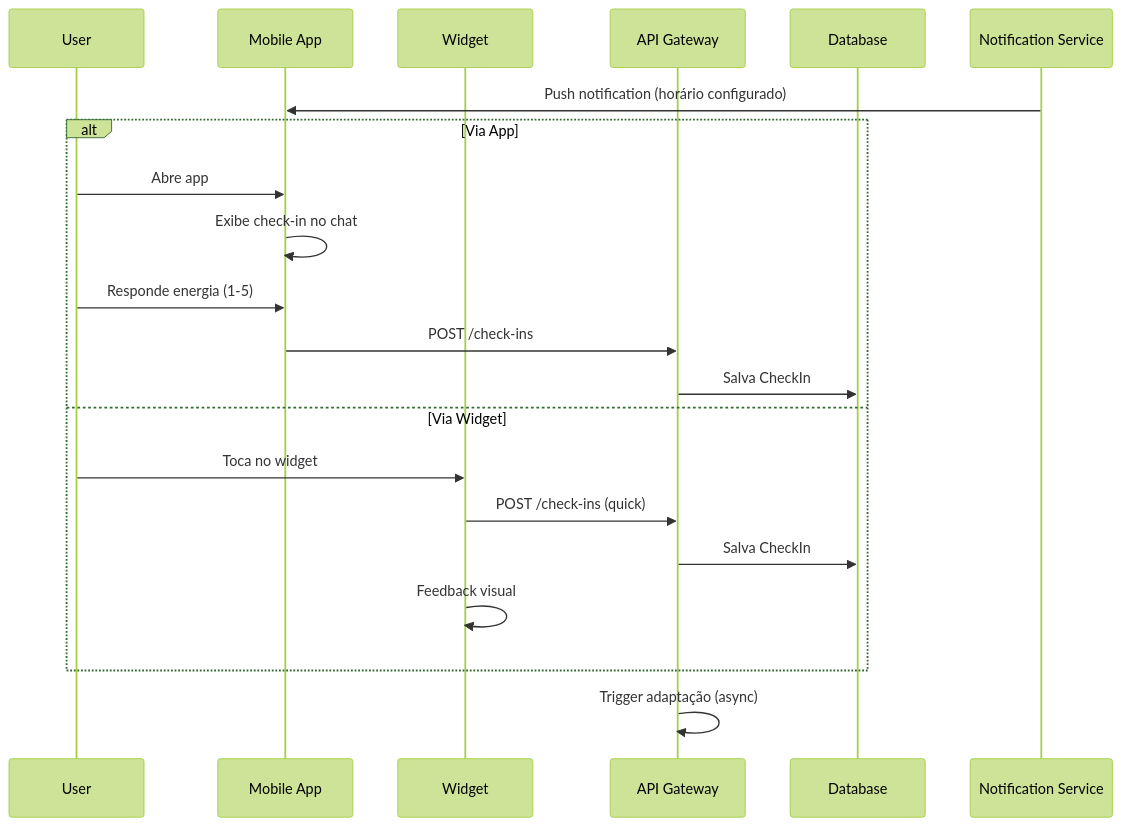
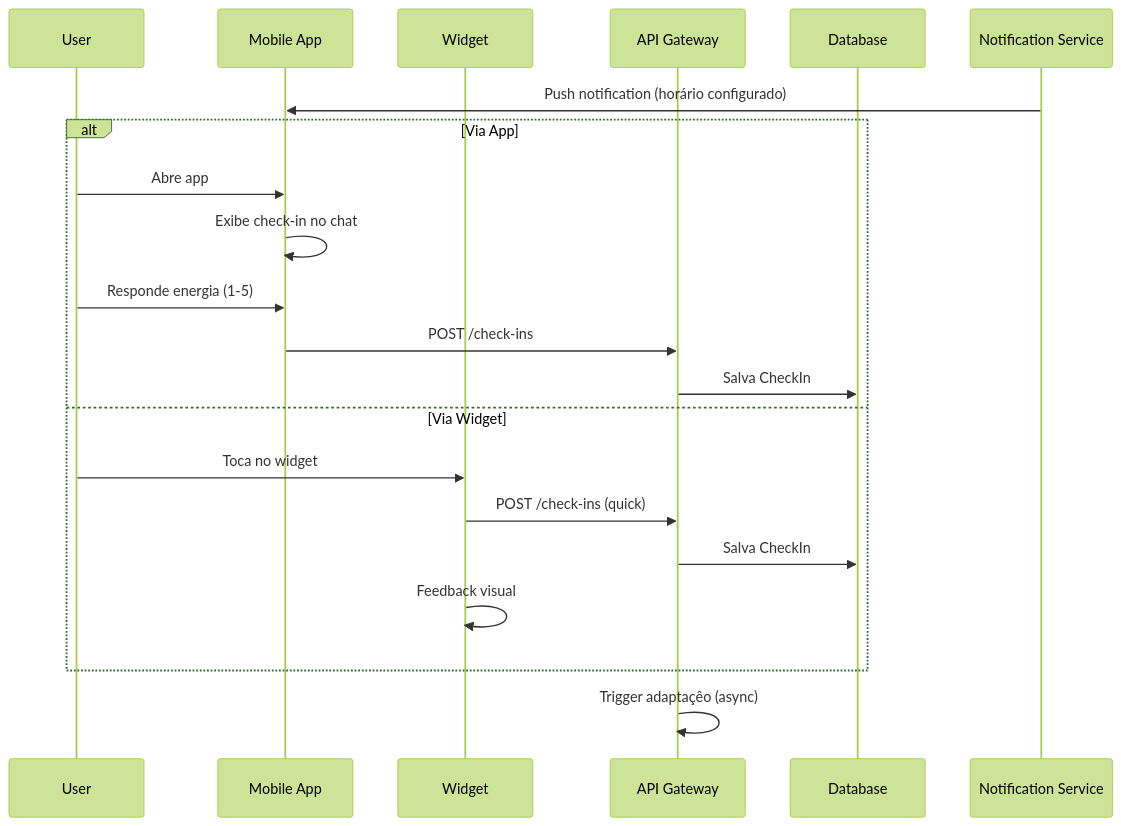
One commit to linnoff88-dev/arckhe-NCIAFlux changed the fifth of 7 diagrams in docs/architecture.md. Above: the diagram before and after it, drawn with Mermaid (forest theme). The commit also changed other lines of this file and 100 other files, not shown here.

````diff
--- a/docs/architecture.md
+++ b/docs/architecture.md
@@ -613,26 +613,26 @@
 ```mermaid
 sequenceDiagram
     participant U as User
     participant M as Mobile App
     participant W as Widget
     participant A as API Gateway
     participant D as Database
     participant N as Notification Service
 
     N->>M: Push notification (horário configurado)
 
     alt Via App
         U->>M: Abre app
         M->>M: Exibe check-in no chat
         U->>M: Responde energia (1-5)
         M->>A: POST /check-ins
         A->>D: Salva CheckIn
     else Via Widget
         U->>W: Toca no widget
         W->>A: POST /check-ins (quick)
         A->>D: Salva CheckIn
         W->>W: Feedback visual
     end
 
-    A->>A: Trigger adaptação (async)
+    A->>A: Trigger adaptaçêo (async)
 ```
````
